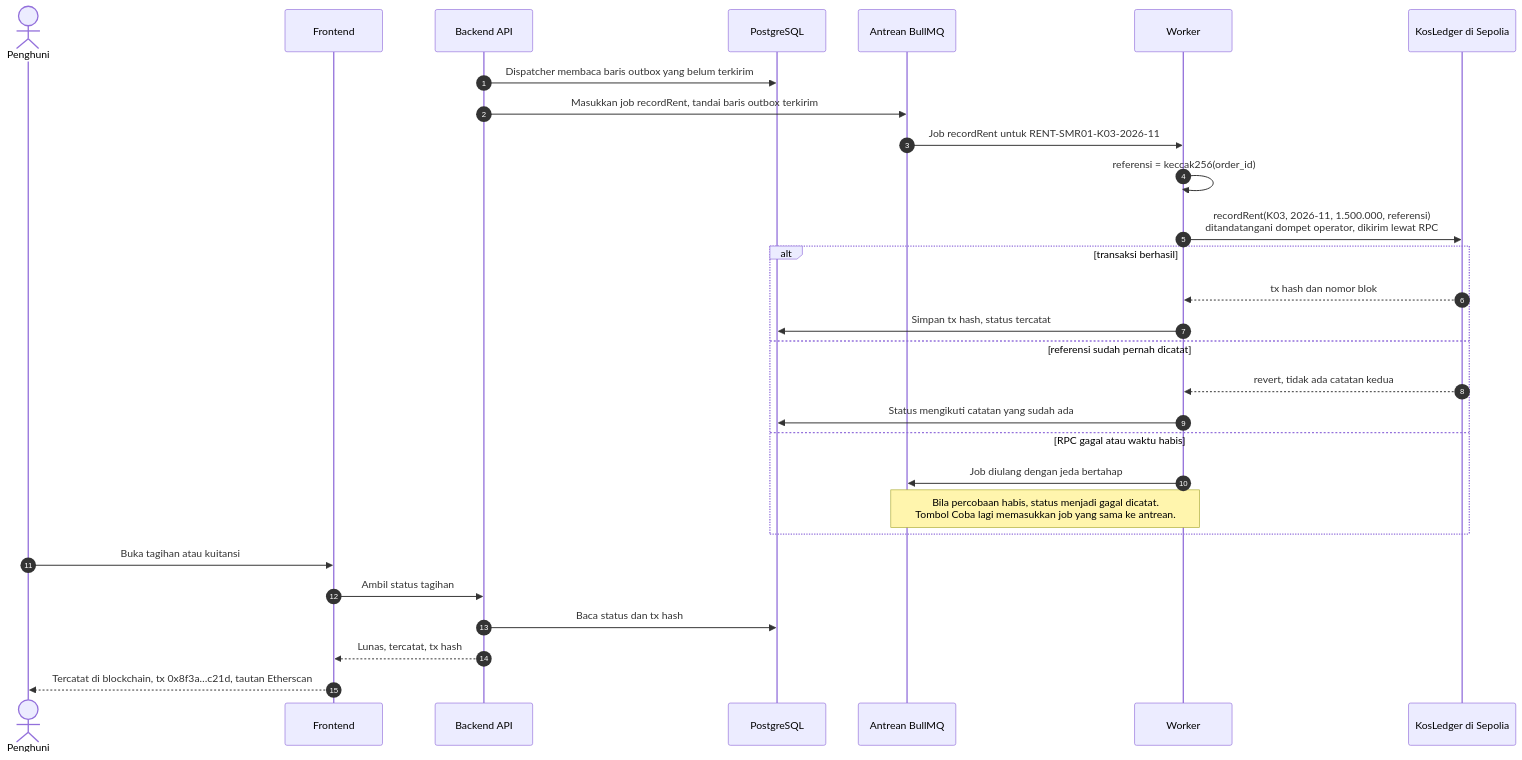
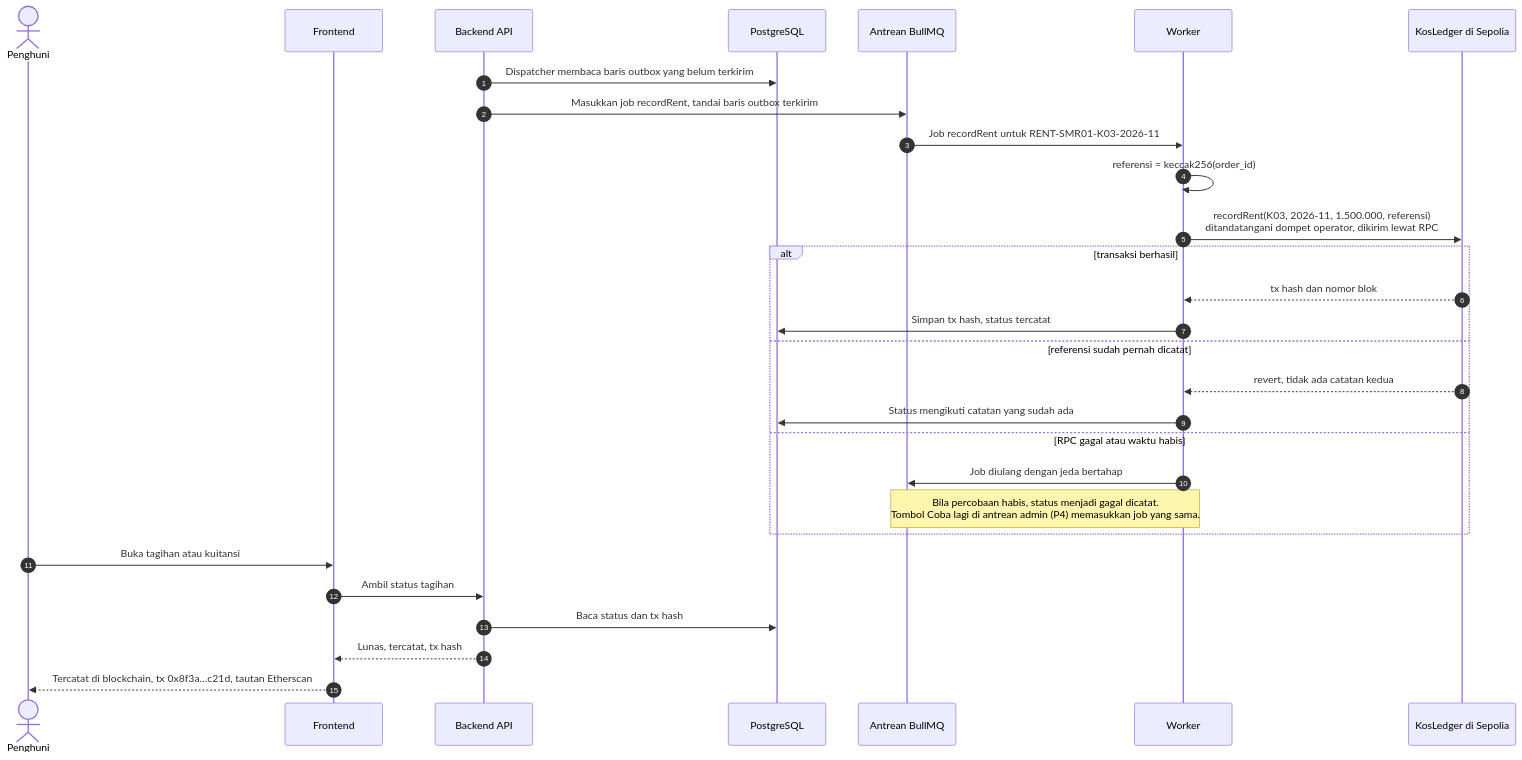
The fifth of 9 diagrams in docs/desain/arsitektur.md (AhsanDz/kosbagi), drawn with Mermaid before and after one commit. The commit also changed other lines of this file and 4 other files, not shown here.

First line of the commit message:
docs: perbarui dokumen desain ke progress 2 dan ERD v2

````diff
--- a/docs/desain/arsitektur.md
+++ b/docs/desain/arsitektur.md
@@ -250,32 +253,32 @@
 ```mermaid
 sequenceDiagram
     autonumber
     actor P as Penghuni
     participant FE as Frontend
     participant API as Backend API
     participant DB as PostgreSQL
     participant Q as Antrean BullMQ
     participant W as Worker
     participant KL as KosLedger di Sepolia
 
     API->>DB: Dispatcher membaca baris outbox yang belum terkirim
     API->>Q: Masukkan job recordRent, tandai baris outbox terkirim
     Q->>W: Job recordRent untuk RENT-SMR01-K03-2026-11
     W->>W: referensi = keccak256(order_id)
     W->>KL: recordRent(K03, 2026-11, 1.500.000, referensi)<br/>ditandatangani dompet operator, dikirim lewat RPC
     alt transaksi berhasil
         KL-->>W: tx hash dan nomor blok
         W->>DB: Simpan tx hash, status tercatat
     else referensi sudah pernah dicatat
         KL-->>W: revert, tidak ada catatan kedua
         W->>DB: Status mengikuti catatan yang sudah ada
     else RPC gagal atau waktu habis
         W->>Q: Job diulang dengan jeda bertahap
-        Note over Q,W: Bila percobaan habis, status menjadi gagal dicatat.<br/>Tombol Coba lagi memasukkan job yang sama ke antrean.
+        Note over Q,W: Bila percobaan habis, status menjadi gagal dicatat.<br/>Tombol Coba lagi di antrean admin (P4) memasukkan job yang sama.
     end
     P->>FE: Buka tagihan atau kuitansi
     FE->>API: Ambil status tagihan
     API->>DB: Baca status dan tx hash
     API-->>FE: Lunas, tercatat, tx hash
     FE-->>P: Tercatat di blockchain, tx 0x8f3a…c21d, tautan Etherscan
 ```
````
